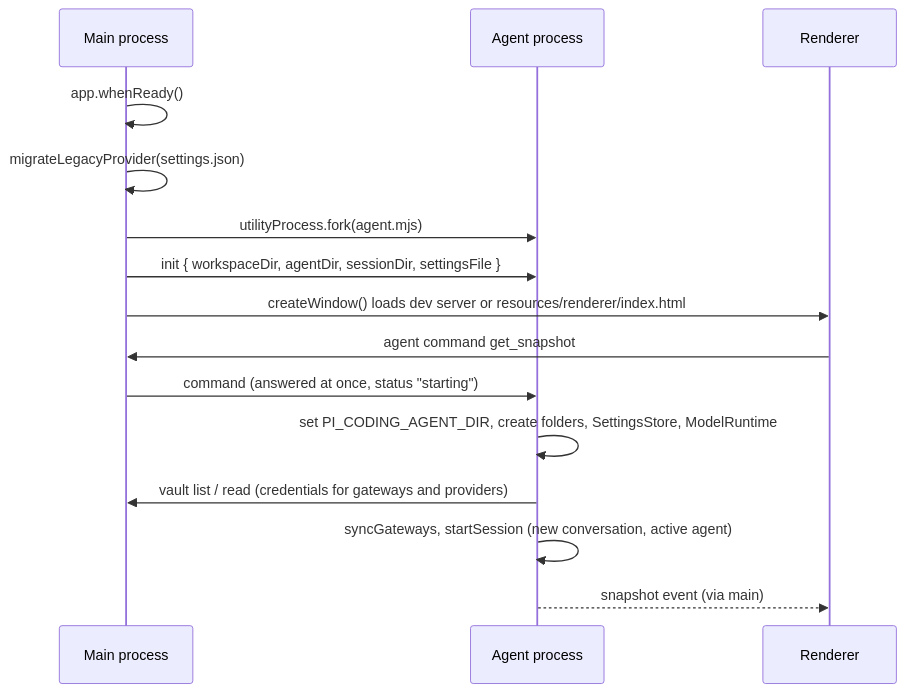
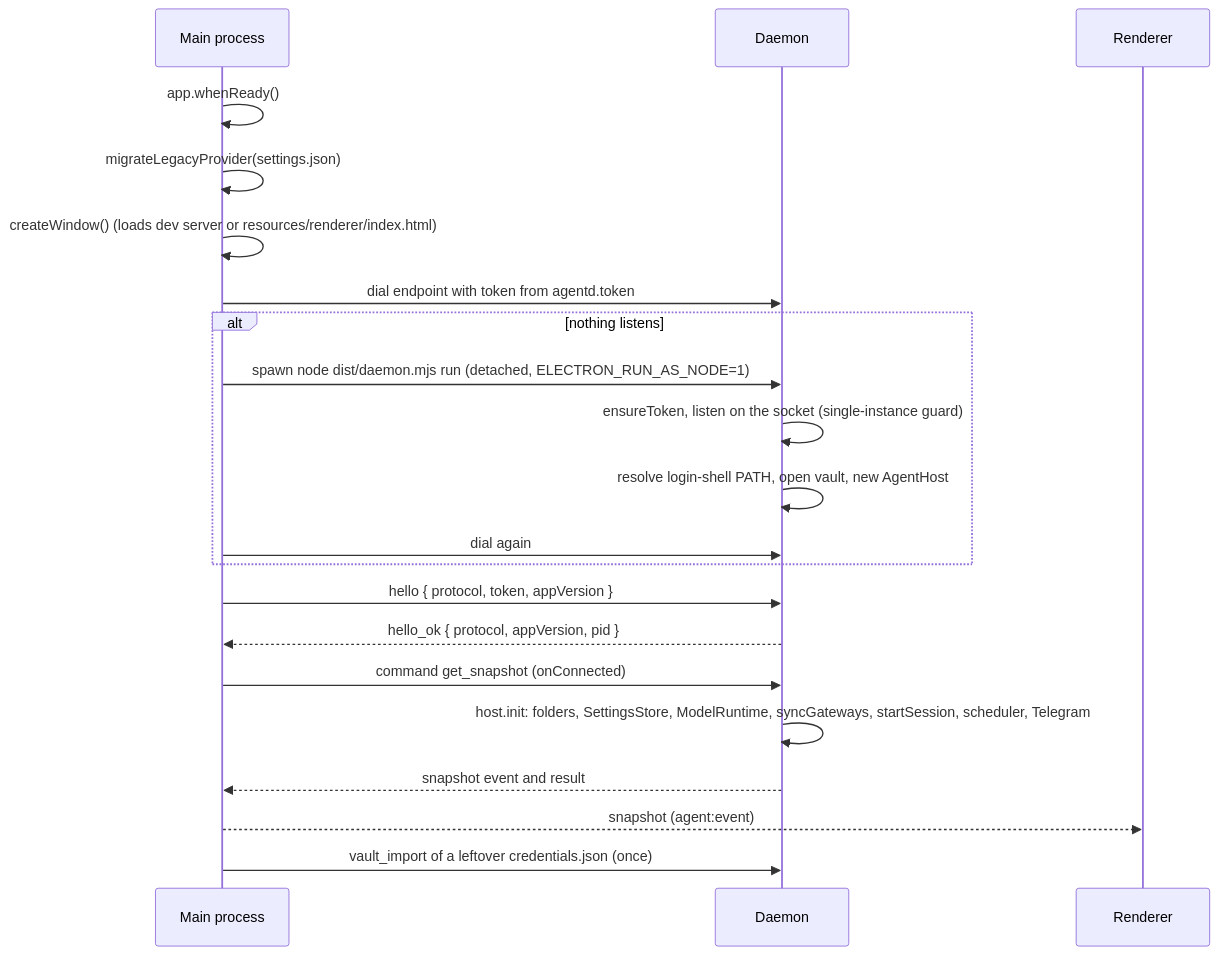
One commit to pp-techs/pp-agent changed the second of 2 diagrams in docs/architecture/process-model.md. Above: the diagram before and after it, drawn with Mermaid. The commit also changed other lines of this file and 160 other files, not shown here.

First line of the commit message:
feat(agent): run the agent in a background daemon and add a Telegram channel

````diff
--- a/docs/architecture/process-model.md
+++ b/docs/architecture/process-model.md
@@ -37,17 +43,23 @@
 ```mermaid
 sequenceDiagram
   participant M as Main process
-  participant A as Agent process
+  participant D as Daemon
   participant R as Renderer
   M->>M: app.whenReady()
   M->>M: migrateLegacyProvider(settings.json)
-  M->>A: utilityProcess.fork(agent.mjs)
-  M->>A: init { workspaceDir, agentDir, sessionDir, settingsFile }
-  M->>R: createWindow() loads dev server or resources/renderer/index.html
-  R->>M: agent command get_snapshot
-  M->>A: command (answered at once, status "starting")
-  A->>A: set PI_CODING_AGENT_DIR, create folders, SettingsStore, ModelRuntime
-  A->>M: vault list / read (credentials for gateways and providers)
-  A->>A: syncGateways, startSession (new conversation, active agent)
-  A-->>R: snapshot event (via main)
+  M->>M: createWindow() (loads dev server or resources/renderer/index.html)
+  M->>D: dial endpoint with token from agentd.token
+  alt nothing listens
+    M->>D: spawn node dist/daemon.mjs run (detached, ELECTRON_RUN_AS_NODE=1)
+    D->>D: ensureToken, listen on the socket (single-instance guard)
+    D->>D: resolve login-shell PATH, open vault, new AgentHost
+    M->>D: dial again
+  end
+  M->>D: hello { protocol, token, appVersion }
+  D-->>M: hello_ok { protocol, appVersion, pid }
+  M->>D: command get_snapshot (onConnected)
+  D->>D: host.init: folders, SettingsStore, ModelRuntime, syncGateways, startSession, scheduler, Telegram
+  D-->>M: snapshot event and result
+  M-->>R: snapshot (agent:event)
+  M->>D: vault_import of a leftover credentials.json (once)
 ```
````
